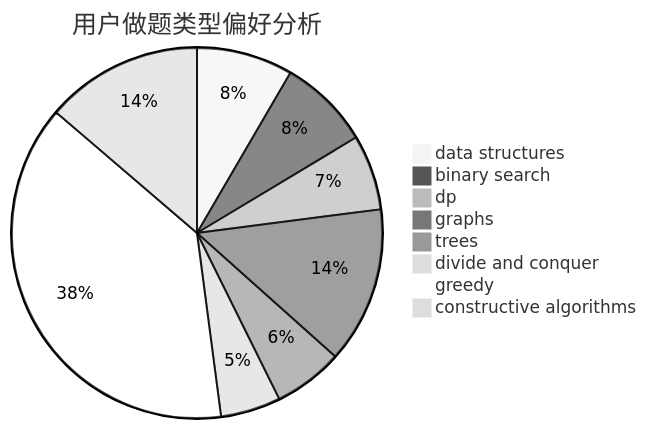
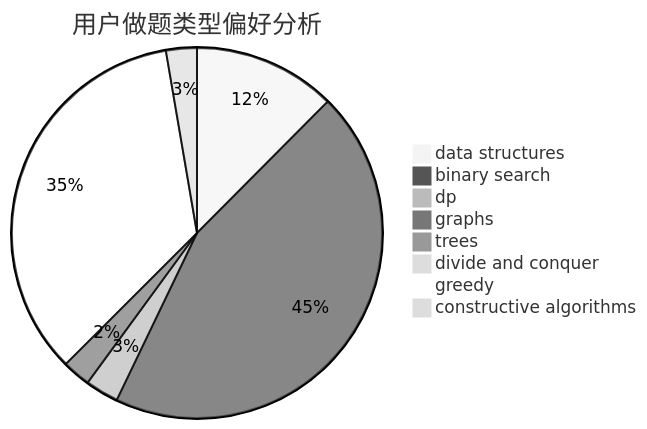
The second of 3 diagrams in docs/user/u428.md (sherpahu/cfrs.github.io), drawn with Mermaid (neutral theme) before and after one commit. The commit also changed other lines of this file and 2770 other files, not shown here.

````diff
--- a/docs/user/u428.md
+++ b/docs/user/u428.md
@@ -23,11 +23,11 @@
 ```mermaid
 pie title 用户做题类型偏好分析
-    "data structures" :  101
-    "binary search" :  96
-    "dp" :  79
-    "graphs" :  164
-    "trees" :  73
-    "divide and conquer" :  63
-    "greedy" :  461
-    "constructive algorithms" :  165
+    "data structures" :  111
+    "binary search" :  398
+    "dp" :  26
+    "graphs" :  22
+    "trees" :  0
+    "divide and conquer" :  2
+    "greedy" :  310
+    "constructive algorithms" :  24
 ```
````
